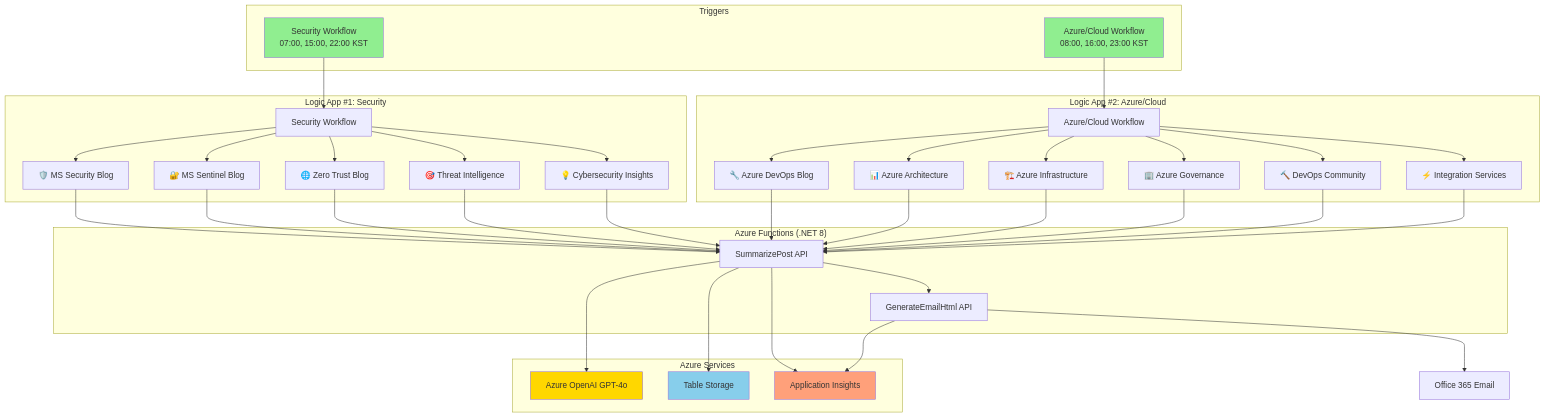
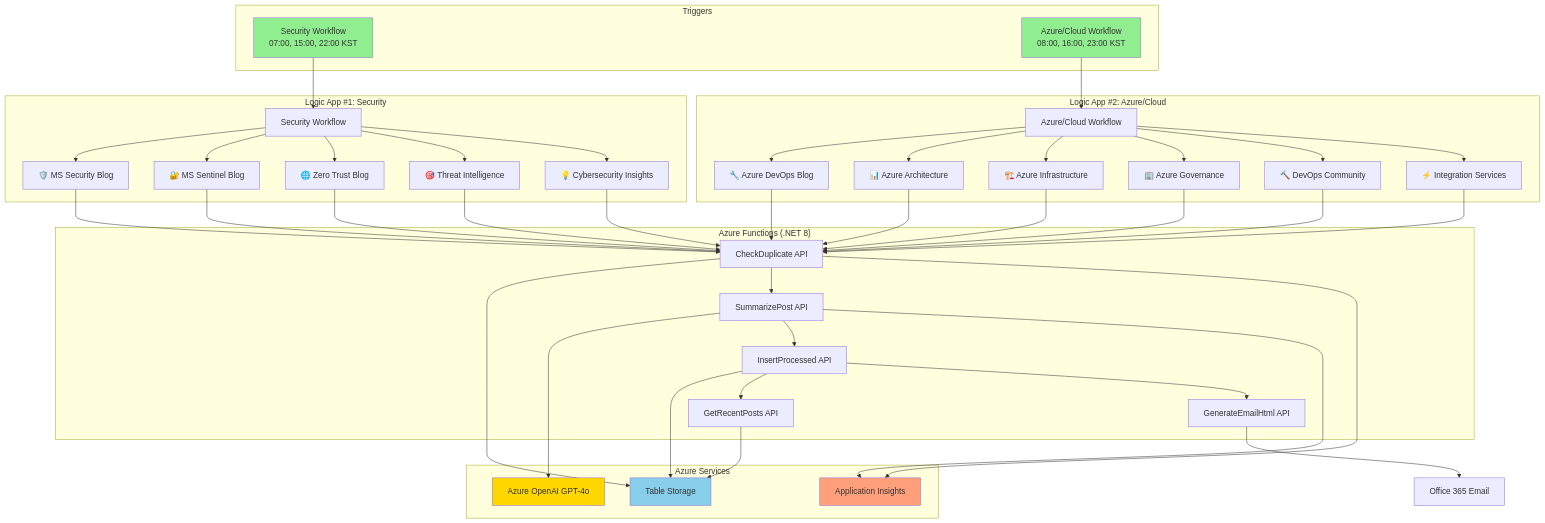
One commit to zer0big/azure-security-blog-automation changed the diagram in README.md. Above: the diagram before and after it, drawn with Mermaid. The commit also changed other lines of this file and 3 other files, not shown here.

````diff
--- a/README.md
+++ b/README.md
@@ -54,55 +54,63 @@
 ```mermaid
 graph TB
     subgraph "Triggers"
         T1[Security Workflow<br/>07:00, 15:00, 22:00 KST]
         T2[Azure/Cloud Workflow<br/>08:00, 16:00, 23:00 KST]
     end
     
     subgraph "Logic App #1: Security"
         LA1[Security Workflow]
         RSS1[🛡️ MS Security Blog]
         RSS2[🔐 MS Sentinel Blog]
         RSS3[🌐 Zero Trust Blog]
         RSS4[🎯 Threat Intelligence]
         RSS5[💡 Cybersecurity Insights]
     end
     
     subgraph "Logic App #2: Azure/Cloud"
         LA2[Azure/Cloud Workflow]
         RSS6[🔧 Azure DevOps Blog]
         RSS7[📊 Azure Architecture]
         RSS8[🏗️ Azure Infrastructure]
         RSS9[🏢 Azure Governance]
         RSS10[🔨 DevOps Community]
         RSS11[⚡ Integration Services]
     end
     
     subgraph "Azure Functions (.NET 8)"
-        F1[SummarizePost API]
-        F2[GenerateEmailHtml API]
+        F1[CheckDuplicate API]
+        F2[SummarizePost API]
+        F3[InsertProcessed API]
+        F4[GetRecentPosts API]
+        F5[GenerateEmailHtml API]
     end
     
     subgraph "Azure Services"
         AOAI[Azure OpenAI GPT-4o]
         STORAGE[Table Storage]
         APPINS[Application Insights]
     end
     
     T1 --> LA1
     T2 --> LA2
     LA1 --> RSS1 & RSS2 & RSS3 & RSS4 & RSS5
     LA2 --> RSS6 & RSS7 & RSS8 & RSS9 & RSS10 & RSS11
     RSS1 & RSS2 & RSS3 & RSS4 & RSS5 --> F1
     RSS6 & RSS7 & RSS8 & RSS9 & RSS10 & RSS11 --> F1
-    F1 --> AOAI
     F1 --> STORAGE
     F1 --> F2
-    F2 --> O365[Office 365 Email]
+    F2 --> AOAI
+    F2 --> F3
+    F3 --> STORAGE
+    F3 --> F4
+    F3 --> F5
+    F4 --> STORAGE
+    F5 --> O365[Office 365 Email]
     F1 & F2 --> APPINS
     
     style T1 fill:#90EE90
     style T2 fill:#90EE90
     style AOAI fill:#FFD700
     style STORAGE fill:#87CEEB
     style APPINS fill:#FFA07A
 ```
````
